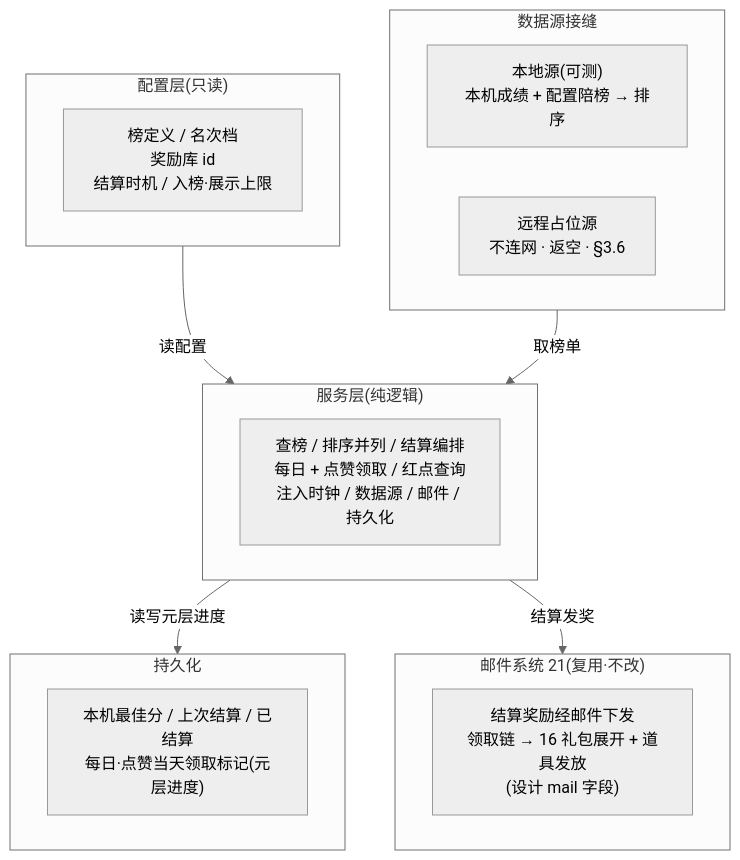
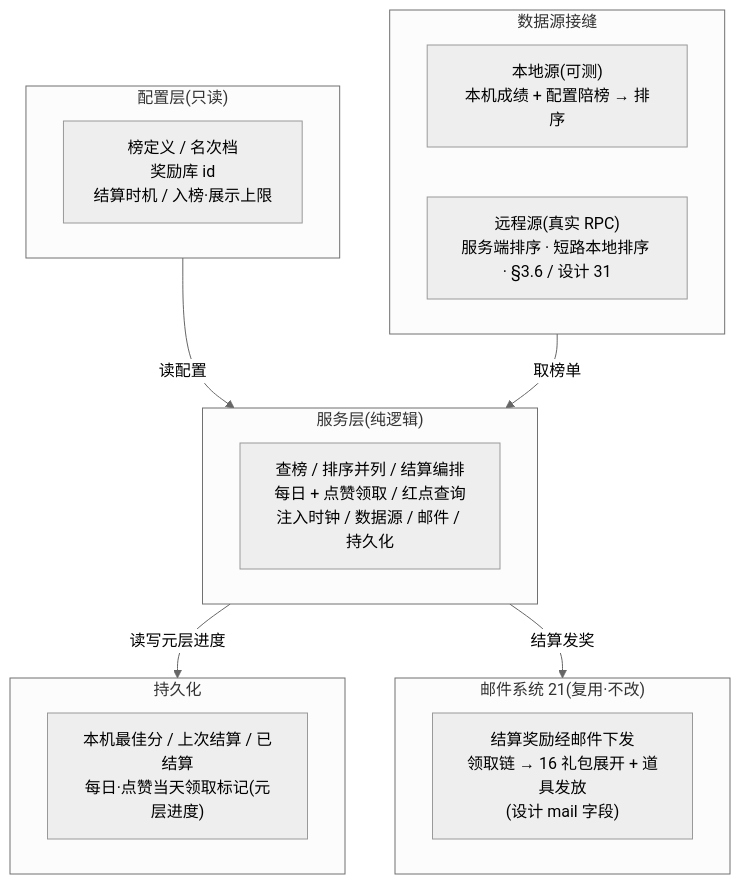
Before and after one commit to zhoupeng921101/TEngine_zp: the first of 2 diagrams in UnityProject/design-docs/22-rank-system.md, drawn with Mermaid (neutral theme). The commit also changed other lines of this file and 1 other file, not shown here.

First line of the commit message:
设计22 §6 同步:排行榜远程源「占位」改写为「设计31 接真实 RPC + 断服回退」

````diff
--- a/UnityProject/design-docs/22-rank-system.md
+++ b/UnityProject/design-docs/22-rank-system.md
@@ -69,23 +69,23 @@
 ```mermaid
 flowchart TD
     subgraph cfg["配置层(只读)"]
         c1["榜定义 / 名次档<br/>奖励库 id<br/>结算时机 / 入榜·展示上限"]
     end
     subgraph svc["服务层(纯逻辑)"]
         s1["查榜 / 排序并列 / 结算编排<br/>每日 + 点赞领取 / 红点查询<br/>注入时钟 / 数据源 / 邮件 / 持久化"]
     end
     subgraph src["数据源接缝"]
         d1["本地源(可测)<br/>本机成绩 + 配置陪榜 → 排序"]
-        d2["远程占位源<br/>不连网 · 返空 · §3.6"]
+        d2["远程源(真实 RPC)<br/>服务端排序 · 短路本地排序 · §3.6 / 设计 31"]
     end
     subgraph per["持久化"]
         p1["本机最佳分 / 上次结算 / 已结算<br/>每日·点赞当天领取标记(元层进度)"]
     end
     subgraph mail["邮件系统 21(复用·不改)"]
         m1["结算奖励经邮件下发<br/>领取链 → 16 礼包展开 + 道具发放<br/>(设计 mail 字段)"]
     end
     cfg -->|读配置| svc
     src -->|取榜单| svc
     svc -->|读写元层进度| per
     svc -->|结算发奖| mail
 ```
````
